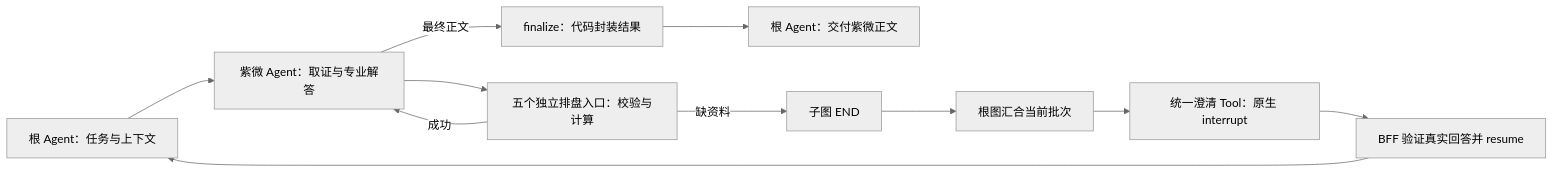
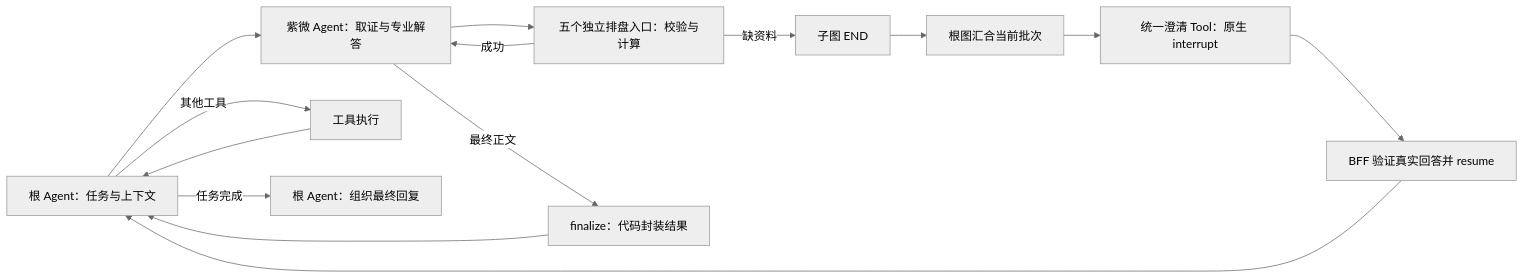
The diagram in docs/operations/ziwei-agent.md (westbrook0904/FinanceClaw), drawn with Mermaid (neutral theme) before and after one commit. The commit also changed other lines of this file and 1 other file, not shown here.

Commit message:
fix: let root agent decide how to use specialist results

````diff
--- a/docs/operations/ziwei-agent.md
+++ b/docs/operations/ziwei-agent.md
@@ -107,13 +108,16 @@
 ```mermaid
 flowchart LR
     R[根 Agent：任务与上下文] --> W[紫微 Agent：取证与专业解答]
     W --> T[五个独立排盘入口：校验与计算]
     T -->|成功| W
     W -->|最终正文| F[finalize：代码封装结果]
-    F --> D[根 Agent：交付紫微正文]
+    F --> R
+    R -->|其他工具| O[工具执行]
+    O --> R
+    R -->|任务完成| D[根 Agent：组织最终回复]
     T -->|缺资料| E[子图 END]
     E --> Q[根图汇合当前批次]
     Q --> I[统一澄清 Tool：原生 interrupt]
     I --> A[BFF 验证真实回答并 resume]
     A --> R
 ```
````
